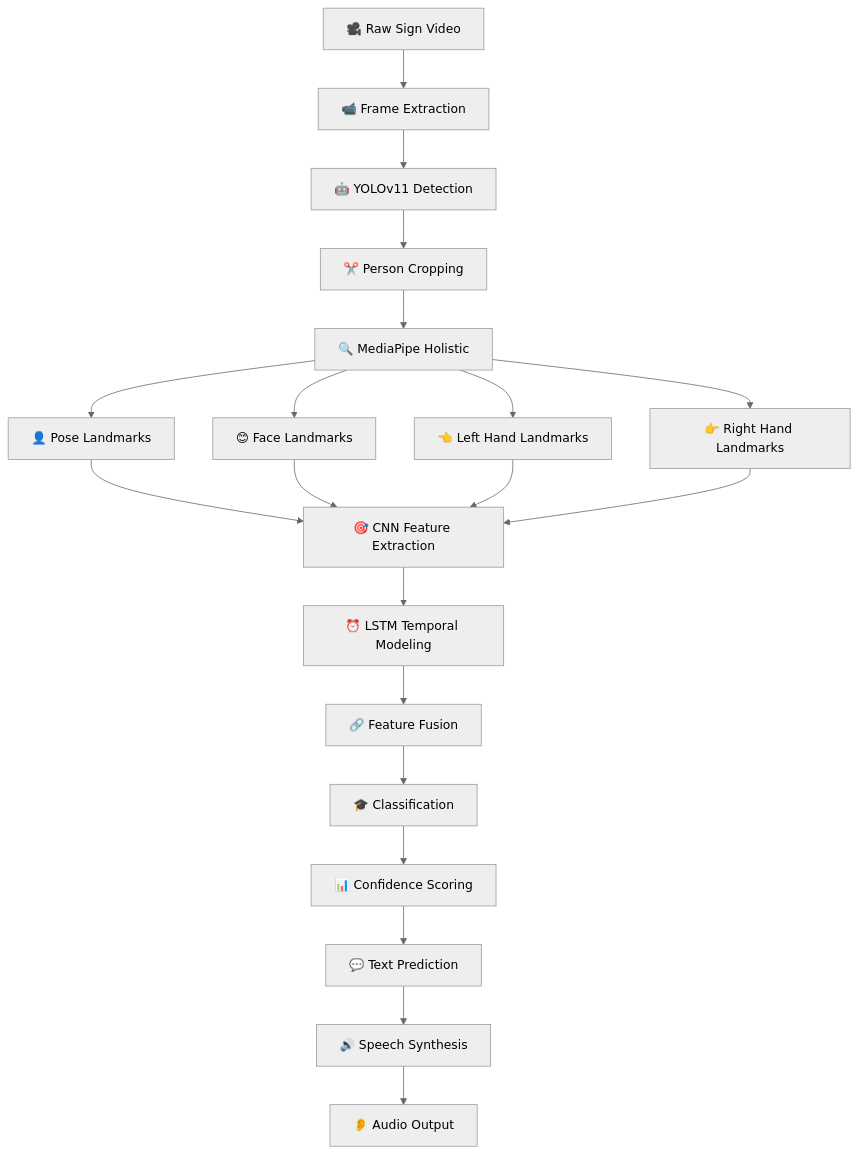
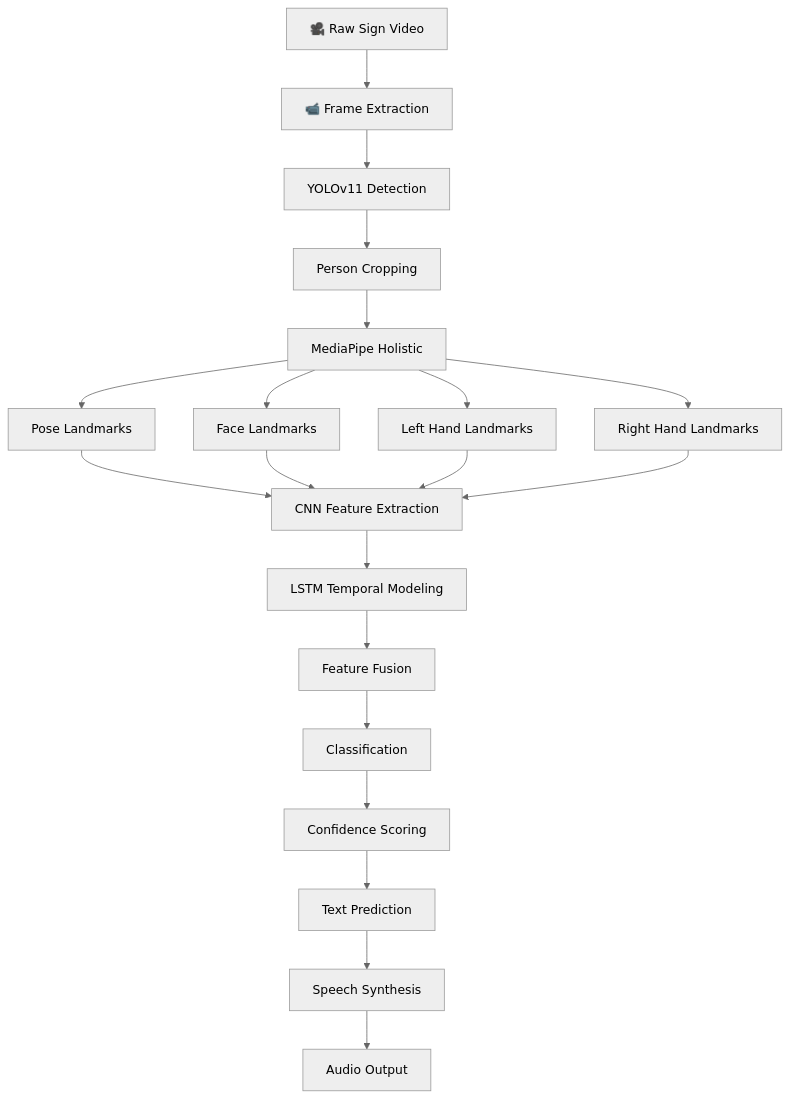
One commit to Sainava/Sign-Language-to-Speech changed the seventh of 7 diagrams in WORKFLOW_DIAGRAM.md. Above: the diagram before and after it, drawn with Mermaid (neutral theme).

````diff
--- a/WORKFLOW_DIAGRAM.md
+++ b/WORKFLOW_DIAGRAM.md
@@ -265,25 +265,25 @@
 ```mermaid
 graph TD
     A[🎥 Raw Sign Video] --> B[📹 Frame Extraction]
-    B --> C[🤖 YOLOv11 Detection]
-    C --> D[✂️ Person Cropping]
-    D --> E[🔍 MediaPipe Holistic]
+    B --> C[YOLOv11 Detection]
+    C --> D[Person Cropping]
+    D --> E[MediaPipe Holistic]
     
-    E --> F[👤 Pose Landmarks]
-    E --> G[😊 Face Landmarks]
-    E --> H[👈 Left Hand Landmarks]
-    E --> I[👉 Right Hand Landmarks]
+    E --> F[Pose Landmarks]
+    E --> G[Face Landmarks]
+    E --> H[Left Hand Landmarks]
+    E --> I[Right Hand Landmarks]
     
-    F --> J[🎯 CNN Feature Extraction]
+    F --> J[CNN Feature Extraction]
     G --> J
     H --> J
     I --> J
     
-    J --> K[⏰ LSTM Temporal Modeling]
-    K --> L[🔗 Feature Fusion]
-    L --> M[🎓 Classification]
-    M --> N[📊 Confidence Scoring]
-    N --> O[💬 Text Prediction]
-    O --> P[🔊 Speech Synthesis]
-    P --> Q[👂 Audio Output]
+    J --> K[LSTM Temporal Modeling]
+    K --> L[Feature Fusion]
+    L --> M[Classification]
+    M --> N[Confidence Scoring]
+    N --> O[Text Prediction]
+    O --> P[Speech Synthesis]
+    P --> Q[Audio Output]
 ```
````
